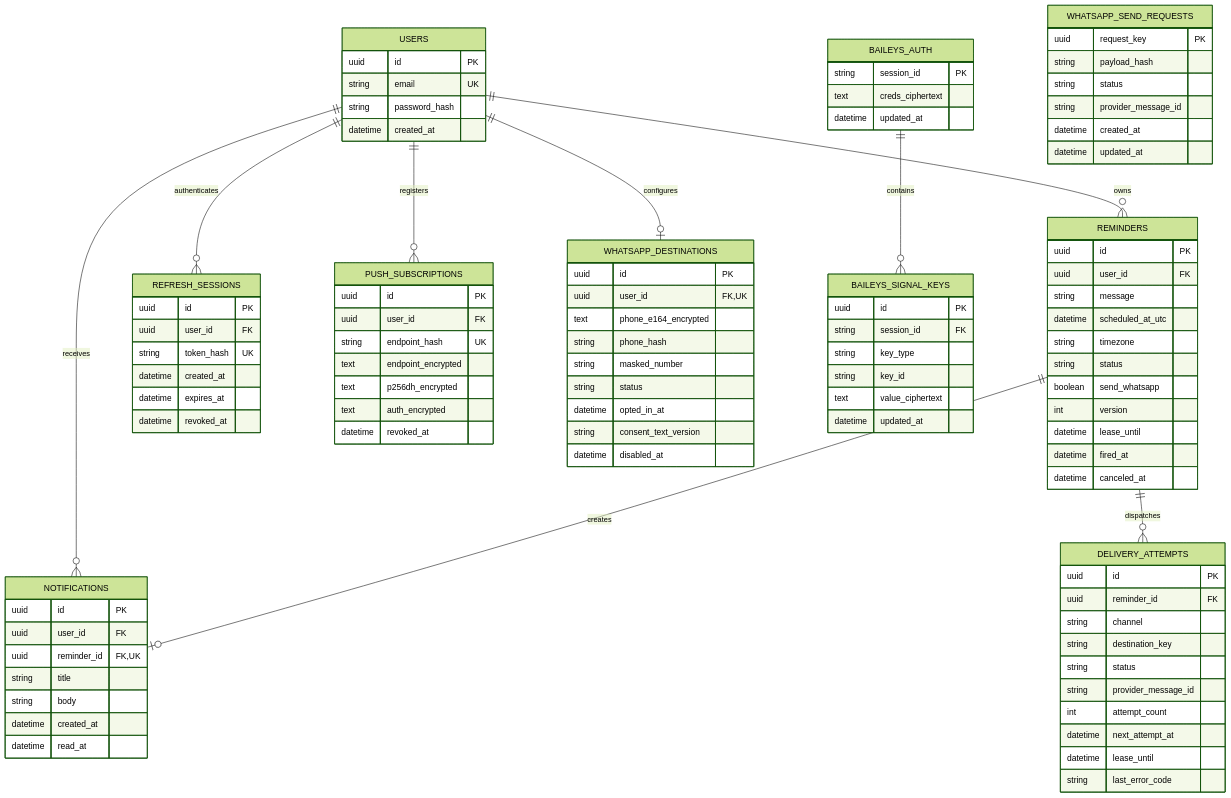
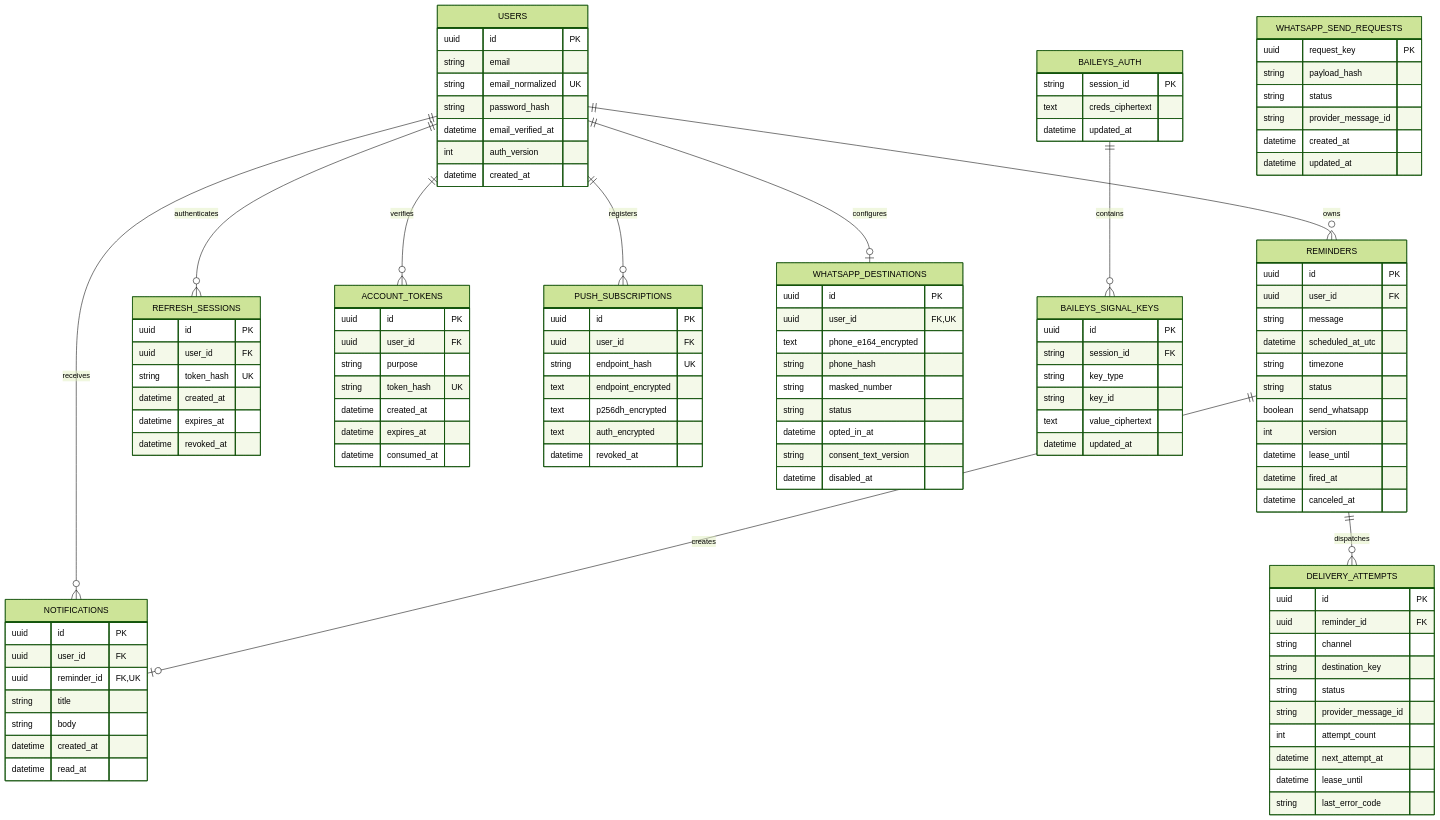
Before and after one commit to Eliseo10208/recordatorios-mvp: the third of 3 diagrams in docs/specs/MVP_RECORDATORIOS.md, drawn with Mermaid (forest theme). The commit also changed other lines of this file and 122 other files, not shown here.

```diff
--- a/docs/specs/MVP_RECORDATORIOS.md
+++ b/docs/specs/MVP_RECORDATORIOS.md
@@ -245,6 +261,7 @@
 erDiagram
     USERS ||--o{ REMINDERS : owns
     USERS ||--o{ REFRESH_SESSIONS : authenticates
+    USERS ||--o{ ACCOUNT_TOKENS : verifies
     USERS ||--o{ NOTIFICATIONS : receives
     USERS ||--o{ PUSH_SUBSCRIPTIONS : registers
     USERS ||--o| WHATSAPP_DESTINATIONS : configures
@@ -254,8 +271,11 @@
 
     USERS {
         uuid id PK
-        string email UK
+        string email
+        string email_normalized UK
         string password_hash
+        datetime email_verified_at
+        int auth_version
         datetime created_at
     }
 
@@ -266,6 +286,16 @@
         datetime created_at
         datetime expires_at
         datetime revoked_at
+    }
+
+    ACCOUNT_TOKENS {
+        uuid id PK
+        uuid user_id FK
+        string purpose
+        string token_hash UK
+        datetime created_at
+        datetime expires_at
+        datetime consumed_at
     }
 
     REMINDERS {
```
